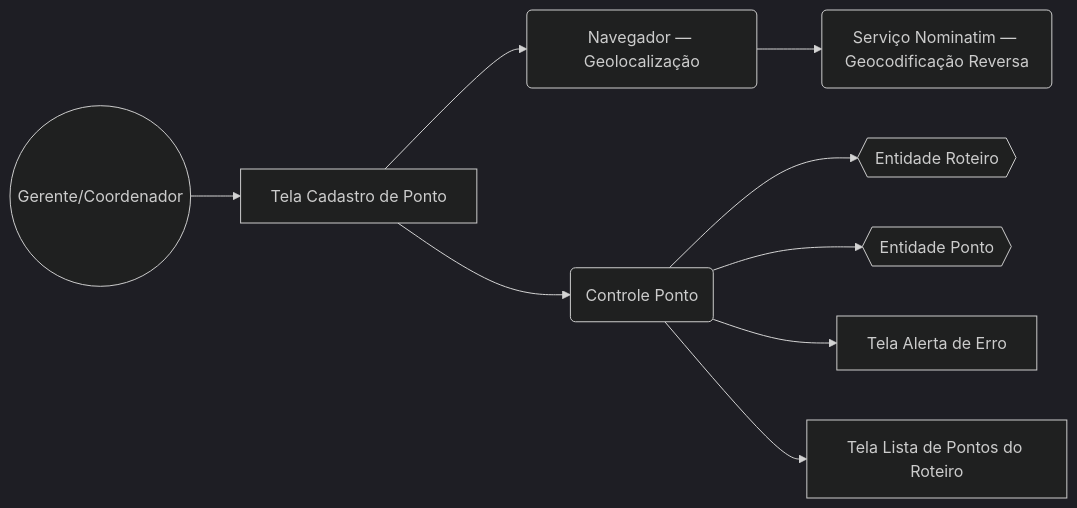
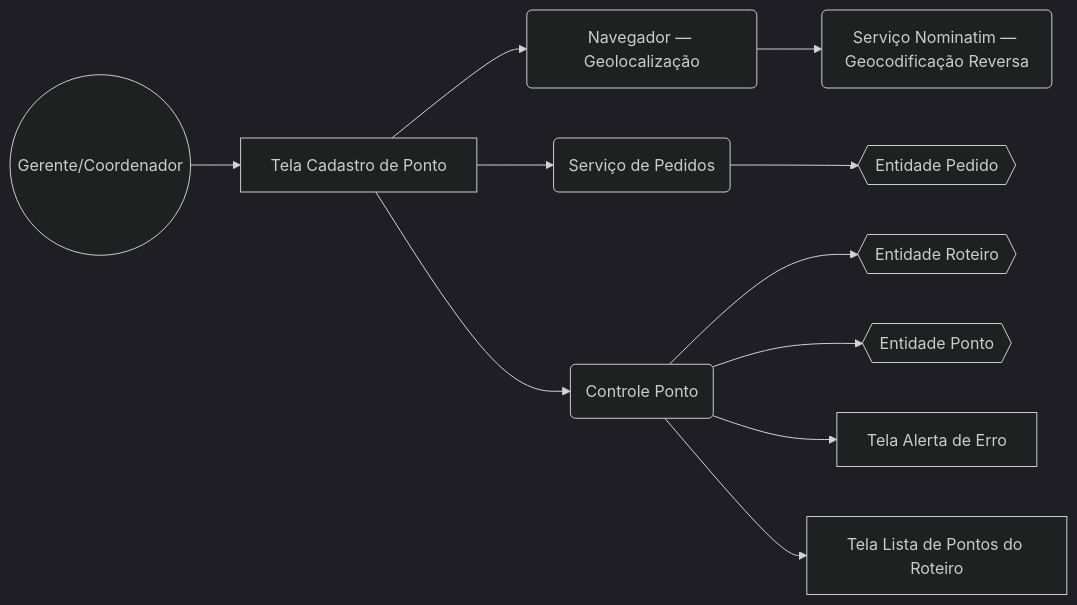
The third of 4 diagrams in artefatos/diagramas-robustez/diagramas-robustez-operacional.md (Mabms1974/Saturno), drawn with Mermaid (dark theme) before and after one commit. The commit also changed other lines of this file and 5 other files, not shown here.

Commit message:
docs: adiciona UC08 e atualiza diagramas de robustez e classes

````diff
--- a/artefatos/diagramas-robustez/diagramas-robustez-operacional.md
+++ b/artefatos/diagramas-robustez/diagramas-robustez-operacional.md
@@ -40,11 +40,13 @@
 ```mermaid
 graph LR
     A((Gerente/Coordenador)) --> B[Tela Cadastro de Ponto]
     B --> H(Navegador — Geolocalização)
     H --> I(Serviço Nominatim — Geocodificação Reversa)
+    B --> J(Serviço de Pedidos)
+    J --> K{{Entidade Pedido}}
     B --> C(Controle Ponto)
     C --> D{{Entidade Roteiro}}
     C --> E{{Entidade Ponto}}
     C --> F[Tela Alerta de Erro]
     C --> G[Tela Lista de Pontos do Roteiro]
 ```
````
